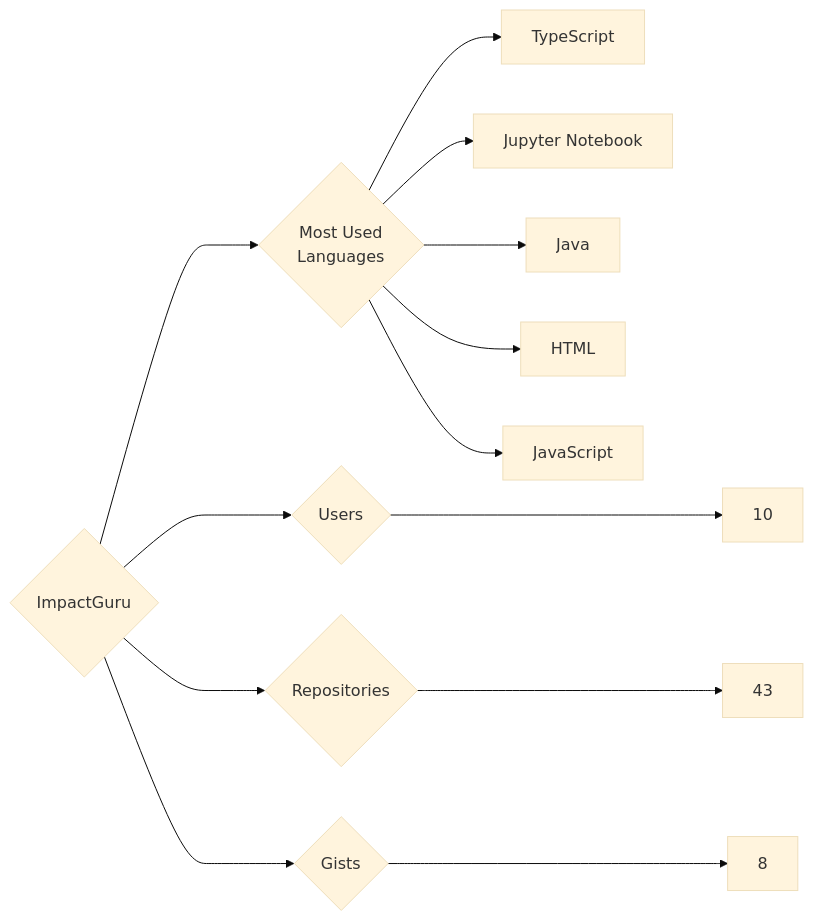
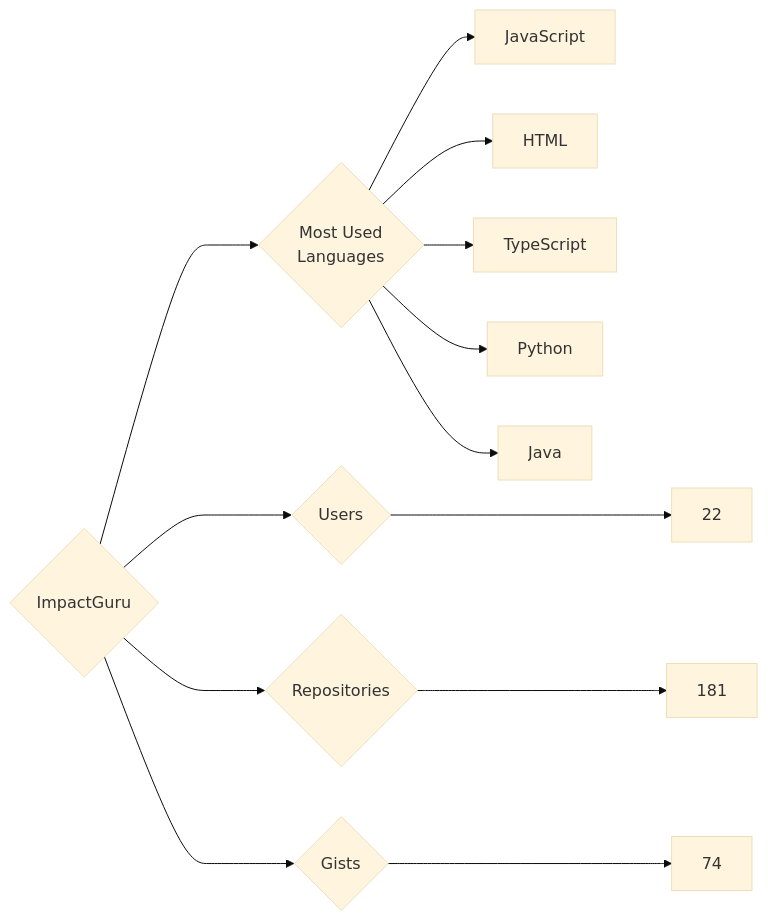
One commit to trickest/insiders changed the diagram in targets/ImpactGuru/README.md. Above: the diagram before and after it, drawn with Mermaid (base theme). The commit also changed 782 other files, not shown here.

````diff
--- a/targets/ImpactGuru/README.md
+++ b/targets/ImpactGuru/README.md
@@ -3,13 +3,13 @@
 ```mermaid
 graph LR
 COMPANY_NAME{ImpactGuru}
-COMPANY_NAME ---> U{Users} ---> UN[10]
-COMPANY_NAME ---> R{Repositories} ---> RN[43]
-COMPANY_NAME ---> G{Gists} ---> GN[8]
+COMPANY_NAME ---> U{Users} ---> UN[22]
+COMPANY_NAME ---> R{Repositories} ---> RN[181]
+COMPANY_NAME ---> G{Gists} ---> GN[74]
 COMPANY_NAME ---> ML{Most Used<br>Languages}
+ML --> JavaScript[JavaScript]
+ML --> HTML[HTML]
 ML --> TypeScript[TypeScript]
-ML --> Jupyter_Notebook[Jupyter Notebook]
+ML --> Python[Python]
 ML --> Java[Java]
-ML --> HTML[HTML]
-ML --> JavaScript[JavaScript]
 ```
````
